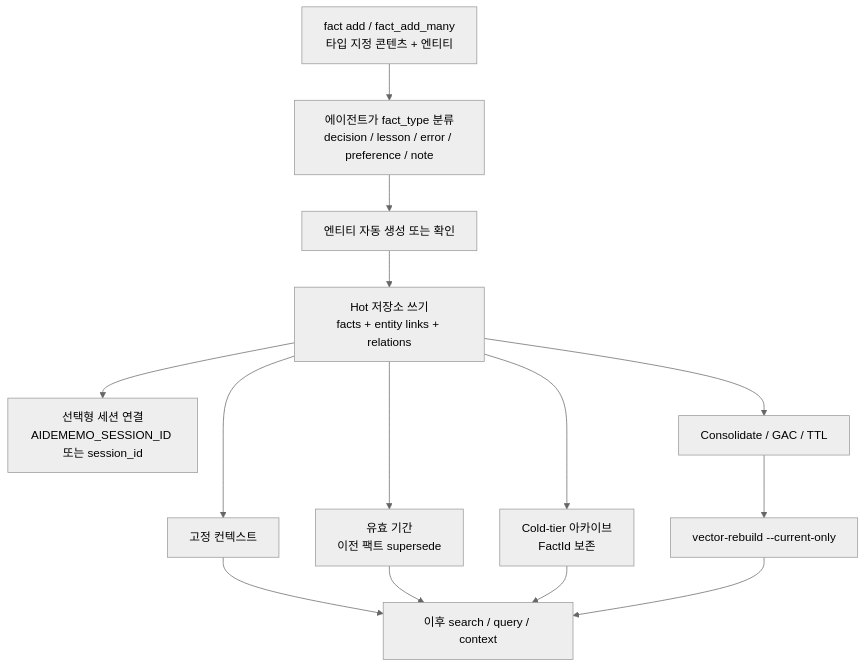
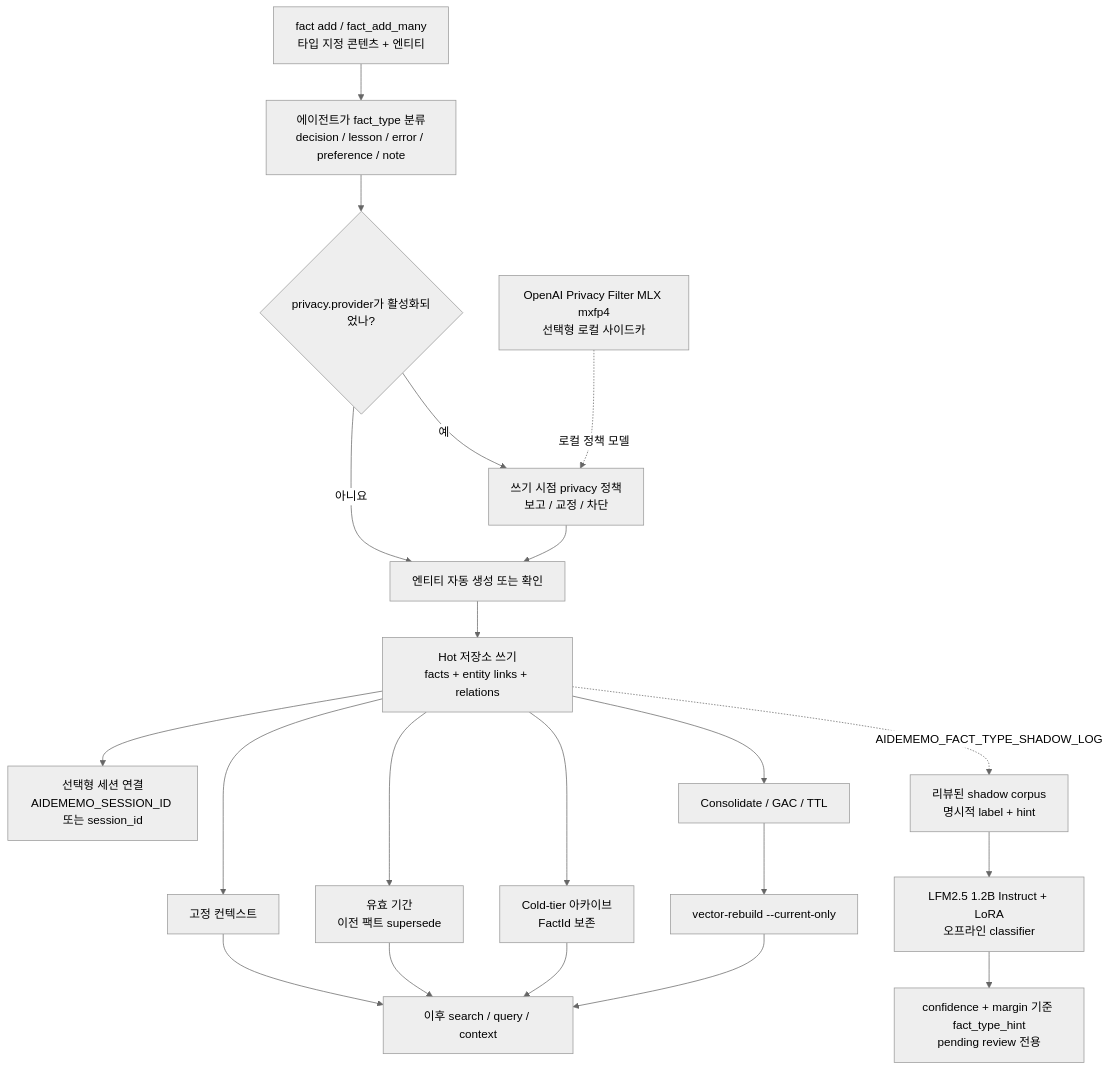
Before and after one commit to taeyun16/aidememo: the third of 4 diagrams in website/i18n/ko/docusaurus-plugin-content-docs/current/ARCHITECTURE.md, drawn with Mermaid (neutral theme). The commit also changed other lines of this file and 6 other files, not shown here.

Commit message:
Document opt-in local SLM architecture

````diff
--- a/website/i18n/ko/docusaurus-plugin-content-docs/current/ARCHITECTURE.md
+++ b/website/i18n/ko/docusaurus-plugin-content-docs/current/ARCHITECTURE.md
@@ -96,26 +144,38 @@
 ```mermaid
 flowchart TD
   fact["fact add / fact_add_many<br/>타입 지정 콘텐츠 + 엔티티"]
   classify["에이전트가 fact_type 분류<br/>decision / lesson / error / preference / note"]
+  privacy_gate{"privacy.provider가 활성화되었나?"}
+  privacy["쓰기 시점 privacy 정책<br/>보고 / 교정 / 차단"]
+  privacy_model["OpenAI Privacy Filter MLX mxfp4<br/>선택형 로컬 사이드카"]
   entities["엔티티 자동 생성 또는 확인"]
   hot["Hot 저장소 쓰기<br/>facts + entity links + relations"]
   session["선택형 세션 연결<br/>AIDEMEMO_SESSION_ID 또는 session_id"]
   pin["고정 컨텍스트"]
   supersede["유효 기간<br/>이전 팩트 supersede"]
   archive["Cold-tier 아카이브<br/>FactId 보존"]
   consolidate["Consolidate / GAC / TTL"]
   rebuild["vector-rebuild --current-only"]
   read["이후 search / query / context"]
+  shadow["리뷰된 shadow corpus<br/>명시적 label + hint"]
+  lfm_type["LFM2.5 1.2B Instruct + LoRA<br/>오프라인 classifier"]
+  hint["confidence + margin 기준 fact_type_hint<br/>pending review 전용"]
 
-  fact --> classify --> entities --> hot
+  fact --> classify --> privacy_gate
+  privacy_gate -->|아니요| entities
+  privacy_gate -->|예| privacy --> entities
+  privacy_model -. "로컬 정책 모델" .-> privacy
+  entities --> hot
   hot --> session
   hot --> pin
   hot --> supersede
   hot --> archive
   hot --> consolidate
   consolidate --> rebuild
   pin --> read
   supersede --> read
   archive --> read
   rebuild --> read
+  hot -. "AIDEMEMO_FACT_TYPE_SHADOW_LOG" .-> shadow
+  shadow --> lfm_type --> hint
 ```
````
